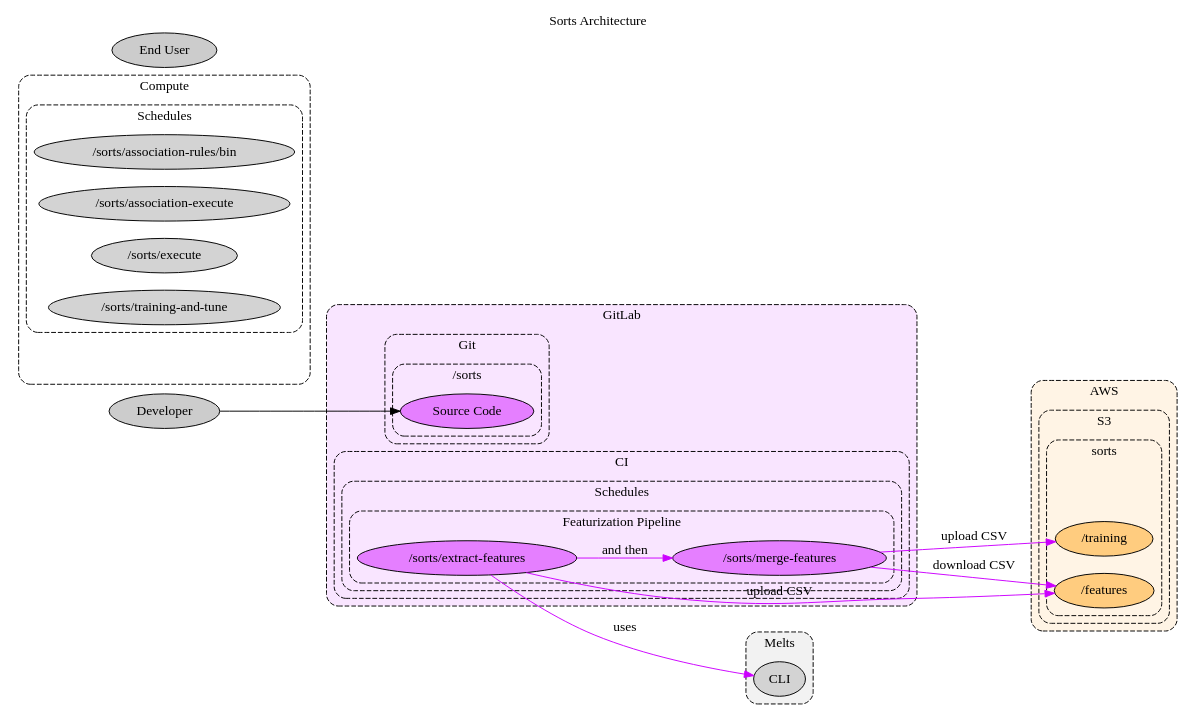
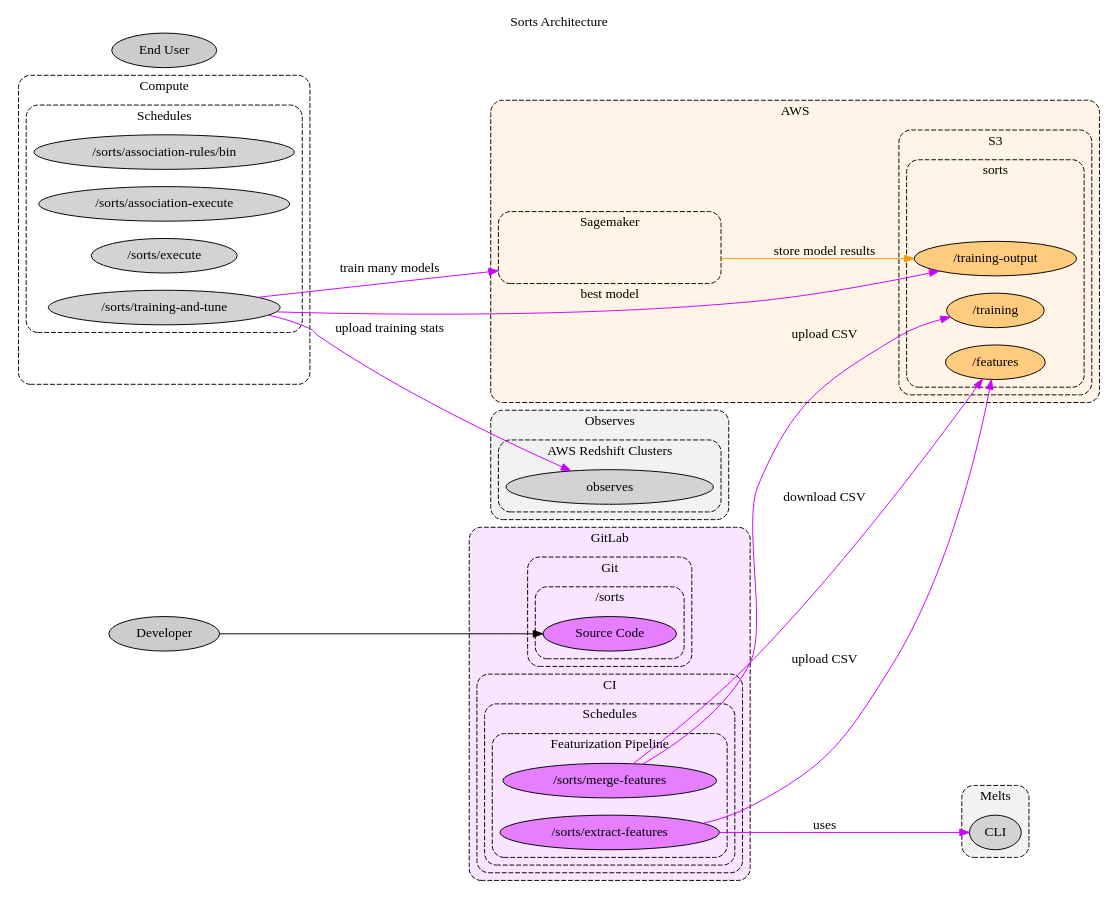
The diagram in docs/src/docs/development/products/sorts-arch.dot (jeanbaptistemora/fluidattacks-universe2), drawn with Graphviz before and after one commit.

Commit message:
docs\feat(doc): #7581 sorts arch
- Speed: 17 components / 29 calendar days
- TODO: 1 components
- ETA: 1 calendar days

```diff
--- a/docs/src/docs/development/products/sorts-arch.dot
+++ b/docs/src/docs/development/products/sorts-arch.dot
@@ -1,100 +1,124 @@
 // SPDX-FileCopyrightText: 2022 Fluid Attacks <development@fluidattacks.com>
 //
 // SPDX-License-Identifier: MPL-2.0
 
 digraph sorts {
   label="Sorts Architecture"
   labelloc="t"
   compound="true"
   // concentrate="true"
   rankdir="LR"
+  // ranksep="4.0"
   scale="scalexy"
 
   node[style="filled"]
   graph[style="dashed,rounded"]
 
   subgraph cluster_aws {
     label="AWS"
     bgcolor="0.1 0.1 1.0"
     node[fillcolor="0.1 0.5 1.0"]
 
     subgraph cluster_aws_s3 {
       label="S3"
 
       subgraph cluster_aws_s3_sorts {
         label="sorts"
 
         cluster_aws_s3_sorts[label="" style="invis"]
         aws_s3_sorts_features[label="/features"]
         aws_s3_sorts_training[label="/training"]
+        aws_s3_sorts_training_output[label="/training-output"]
       }
+    }
+
+    subgraph cluster_aws_sagemaker {
+      label="Sagemaker"
+
+      cluster_aws_sagemaker[label="" style="invis" width="3.0"]
     }
   }
 
   subgraph cluster_common_compute {
     label="Compute"
 
     cluster_common_compute[label="" style="invis"]
 
     subgraph cluster_common_compute_schedules {
       label="Schedules"
 
       common_compute_schedules_sorts_association_rules[label="/sorts/association-rules/bin"]
       common_compute_schedules_sorts_association_execute[label="/sorts/association-execute"]
       common_compute_schedules_sorts_execute[label="/sorts/execute"]
       common_compute_schedules_sorts_training_and_tune[label="/sorts/training-and-tune"]
     }
   }
 
   subgraph cluster_gitlab {
     label="GitLab"
     bgcolor="0.8 0.1 1.0"
     node[fillcolor="0.8 0.5 1.0"]
 
     subgraph cluster_gitlab_git {
       label="Git"
 
       subgraph cluster_gitlab_sorts {
         label="/sorts"
 
         gitlab_sorts[label="Source Code"]
       }
     }
 
     subgraph cluster_gitlab_ci {
       label="CI"
 
       subgraph cluster_gitlab_ci_schedules {
         label="Schedules"
 
         subgraph cluster_gitlab_ci_schedules_1 {
           label="Featurization Pipeline"
 
           gitlab_ci_schedules_sorts_extract_features[label="/sorts/extract-features"]
           gitlab_ci_schedules_sorts_merge_features[label="/sorts/merge-features"]
         }
       }
     }
   }
 
   subgraph cluster_melts {
     label="Melts"
     bgcolor="0.0 0.0 0.95"
 
     melts_cli[label="CLI"]
   }
 
+  subgraph cluster_observes {
+    label="Observes"
+    bgcolor="0.0 0.0 0.95"
+
+    subgraph cluster_observes_aws_redshift {
+      label="AWS Redshift Clusters"
+
+      observes_aws_redshift_observes[label="observes" width="3.0"]
+    }
+  }
+
   node[fillcolor="0.0 0.0 0.8"]
   end_user[label="End User"]
   developer[label="Developer"]
 
+  edge[color="0.1 1.0 1.0"]
+  cluster_aws_sagemaker -> aws_s3_sorts_training_output[label="store model results" ltail="cluster_aws_sagemaker"]
+
   edge[color="0.8 1.0 1.0"]
   gitlab_ci_schedules_sorts_extract_features -> aws_s3_sorts_features[label="upload CSV"]
   gitlab_ci_schedules_sorts_extract_features -> melts_cli[label="uses"]
-  gitlab_ci_schedules_sorts_extract_features -> gitlab_ci_schedules_sorts_merge_features[label="and then"]
   gitlab_ci_schedules_sorts_merge_features -> aws_s3_sorts_features[label="download CSV"]
   gitlab_ci_schedules_sorts_merge_features -> aws_s3_sorts_training[label="upload CSV"]
+  common_compute_schedules_sorts_training_and_tune -> observes_aws_redshift_observes[label="upload training stats"]
+  common_compute_schedules_sorts_training_and_tune -> cluster_aws_sagemaker[label="train many models" lhead="cluster_aws_sagemaker"]
+  common_compute_schedules_sorts_training_and_tune -> aws_s3_sorts_training_output[label="best model"]
 
   edge[color="0.0 0.0 0.0"]
   developer -> gitlab_sorts[]
 }
```
